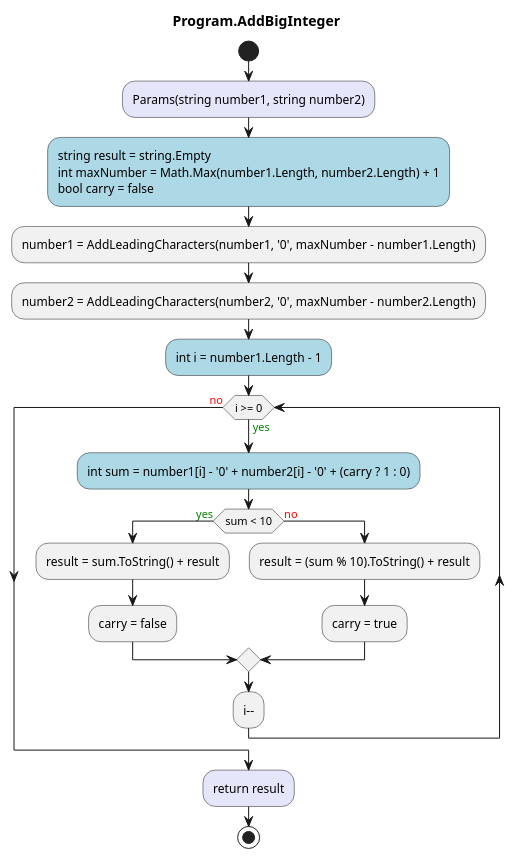
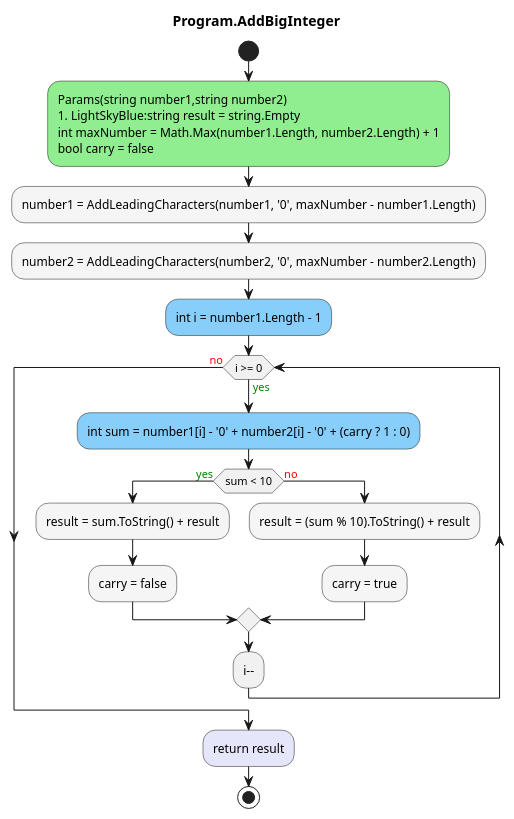
The diagram in AddBigInteger.ConApp/diagrams/ac_Program_AddBigInteger.puml (leoggehrer/2324-34_ABIF_ACIF_POSE), drawn with PlantUML before and after one commit. The commit also changed 17 other files, not shown here.

```diff
--- a/AddBigInteger.ConApp/diagrams/ac_Program_AddBigInteger.puml
+++ b/AddBigInteger.ConApp/diagrams/ac_Program_AddBigInteger.puml
@@ -1,24 +1,24 @@
 @startuml Program.AddBigInteger
 title Program.AddBigInteger
 start
-#Lavender:Params(string number1, string number2);
-#LightBlue:string result = string.Empty
+#LightGreen:Params(string number1,string number2)
+#LightSkyBlue:string result = string.Empty
 int maxNumber = Math.Max(number1.Length, number2.Length) + 1
 bool carry = false;
-:number1 = AddLeadingCharacters(number1, '0', maxNumber - number1.Length);
-:number2 = AddLeadingCharacters(number2, '0', maxNumber - number2.Length);
-#LightBlue:int i = number1.Length - 1;
+#WhiteSmoke:number1 = AddLeadingCharacters(number1, '0', maxNumber - number1.Length);
+#WhiteSmoke:number2 = AddLeadingCharacters(number2, '0', maxNumber - number2.Length);
+#LightSkyBlue:int i = number1.Length - 1;
 while (i >= 0) is (<color:green>yes)
-    #LightBlue:int sum = number1[i] - '0' + number2[i] - '0' + (carry ? 1 : 0);
+    #LightSkyBlue:int sum = number1[i] - '0' + number2[i] - '0' + (carry ? 1 : 0);
     if (sum < 10) then (<color:green>yes)
-        :result = sum.ToString() + result;
-        :carry = false;
+        #WhiteSmoke:result = sum.ToString() + result;
+        #WhiteSmoke:carry = false;
       else (<color:red>no)
-          :result = (sum % 10).ToString() + result;
-          :carry = true;
+          #WhiteSmoke:result = (sum % 10).ToString() + result;
+          #WhiteSmoke:carry = true;
     endif
 :i--;
 endwhile (<color:red>no)
 #Lavender:return result;
 stop
 @enduml
```
